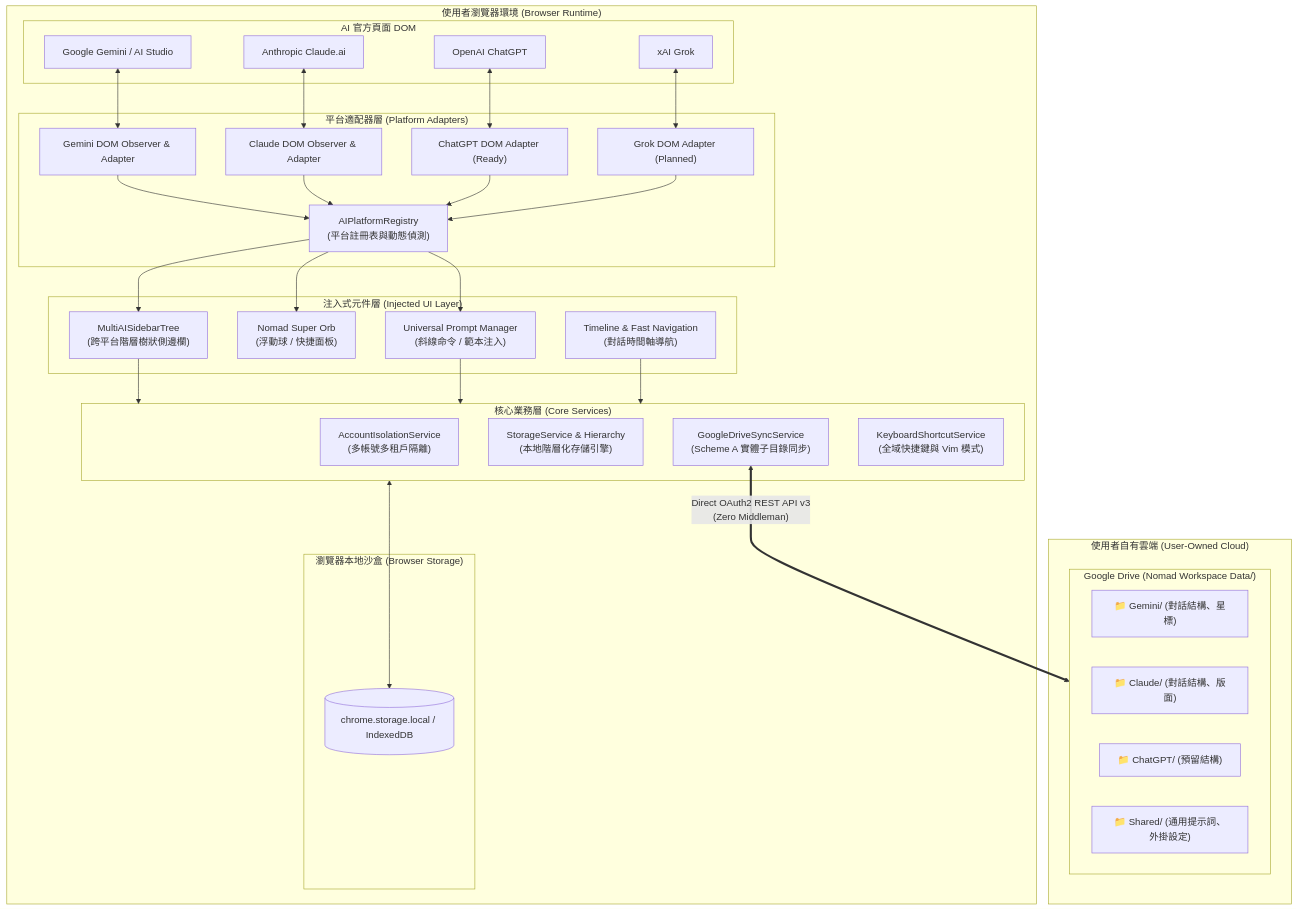
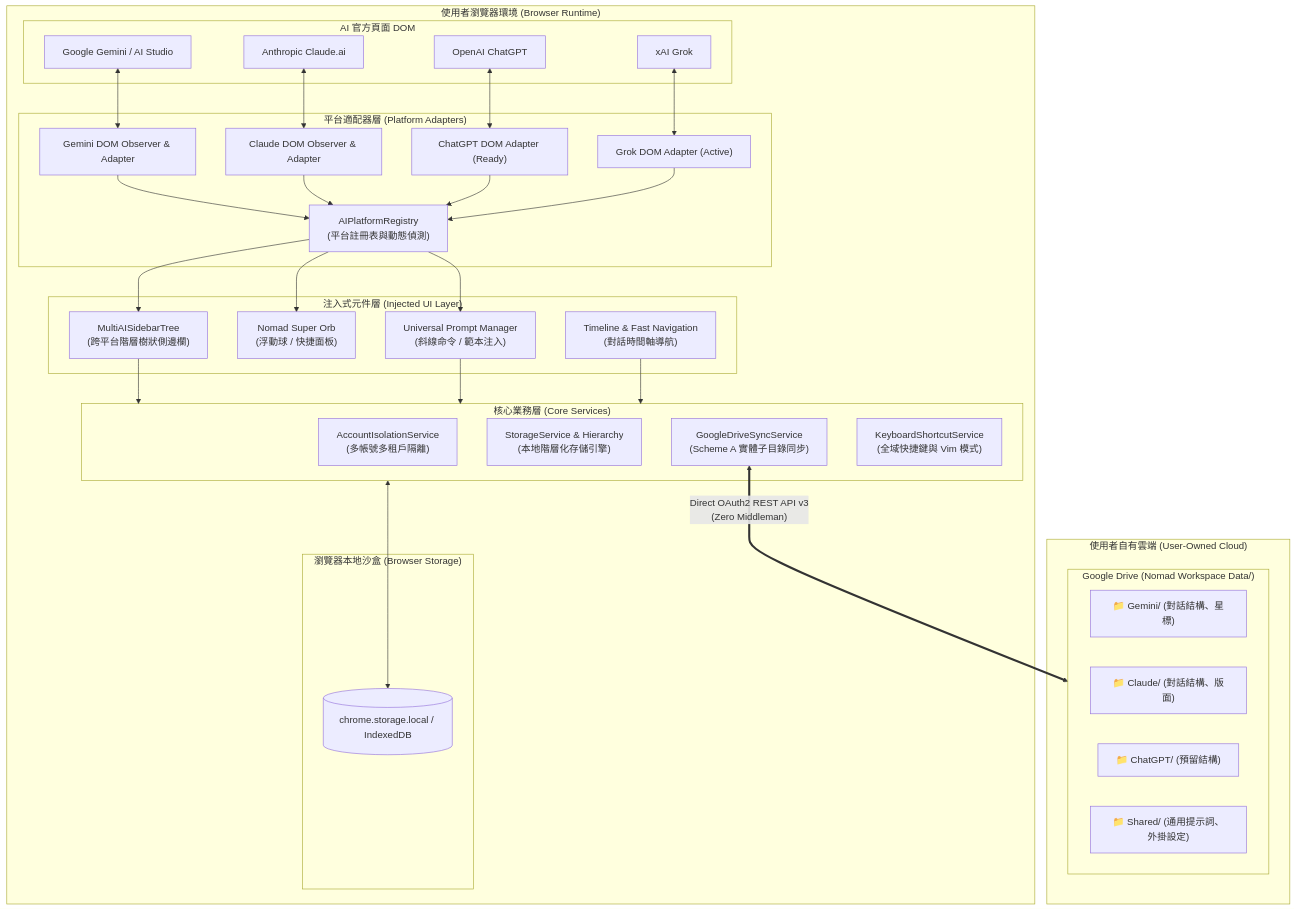
One commit to boboidvtw/nomad-ai-workspace changed the diagram in docs/ARCHITECTURE.md. Above: the diagram before and after it, drawn with Mermaid. The commit also changed other lines of this file and 4 other files, not shown here.

First line of the commit message:
docs: update README, architecture, and user guide for Grok support & 4-platform sync

````diff
--- a/docs/ARCHITECTURE.md
+++ b/docs/ARCHITECTURE.md
@@ -11,68 +11,68 @@
 ```mermaid
 graph TD
     subgraph Browser["使用者瀏覽器環境 (Browser Runtime)"]
         subgraph WebPages["AI 官方頁面 DOM"]
             GeminiDOM["Google Gemini / AI Studio"]
             ClaudeDOM["Anthropic Claude.ai"]
             ChatGPTDOM["OpenAI ChatGPT"]
             GrokDOM["xAI Grok"]
         end
 
         subgraph InjectedUI["注入式元件層 (Injected UI Layer)"]
             SidebarTree["MultiAISidebarTree<br/>(跨平台階層樹狀側邊欄)"]
             SuperOrb["Nomad Super Orb<br/>(浮動球 / 快捷面板)"]
             PromptManager["Universal Prompt Manager<br/>(斜線命令 / 範本注入)"]
             TimelineView["Timeline & Fast Navigation<br/>(對話時間軸導航)"]
         end
 
         subgraph Adapters["平台適配器層 (Platform Adapters)"]
             GeminiAdapter["Gemini DOM Observer & Adapter"]
             ClaudeAdapter["Claude DOM Observer & Adapter"]
             ChatgptAdapter["ChatGPT DOM Adapter (Ready)"]
-            GrokAdapter["Grok DOM Adapter (Planned)"]
+            GrokAdapter["Grok DOM Adapter (Active)"]
             PluggableRegistry["AIPlatformRegistry<br/>(平台註冊表與動態偵測)"]
         end
 
         subgraph CoreServices["核心業務層 (Core Services)"]
             AccountIsolation["AccountIsolationService<br/>(多帳號多租戶隔離)"]
             StorageService["StorageService & Hierarchy<br/>(本地階層化存儲引擎)"]
             DriveSync["GoogleDriveSyncService<br/>(Scheme A 實體子目錄同步)"]
             ShortcutService["KeyboardShortcutService<br/>(全域快捷鍵與 Vim 模式)"]
         end
 
         subgraph LocalStore["瀏覽器本地沙盒 (Browser Storage)"]
             LocalStorage[("chrome.storage.local / IndexedDB")]
         end
     end
 
     subgraph CloudStorage["使用者自有雲端 (User-Owned Cloud)"]
         subgraph GoogleDrive["Google Drive (Nomad Workspace Data/)"]
             DriveGemini["📁 Gemini/ (對話結構、星標)"]
             DriveClaude["📁 Claude/ (對話結構、版面)"]
             DriveChatGPT["📁 ChatGPT/ (預留結構)"]
             DriveShared["📁 Shared/ (通用提示詞、外掛設定)"]
         end
     end
 
     %% 連線關係
     GeminiDOM <--> GeminiAdapter
     ClaudeDOM <--> ClaudeAdapter
     ChatGPTDOM <--> ChatgptAdapter
     GrokDOM <--> GrokAdapter
 
     GeminiAdapter --> PluggableRegistry
     ClaudeAdapter --> PluggableRegistry
     ChatgptAdapter --> PluggableRegistry
     GrokAdapter --> PluggableRegistry
 
     PluggableRegistry --> SidebarTree
     PluggableRegistry --> PromptManager
     PluggableRegistry --> SuperOrb
 
     SidebarTree --> CoreServices
     PromptManager --> CoreServices
     TimelineView --> CoreServices
 
     CoreServices <--> LocalStorage
     DriveSync <== "Direct OAuth2 REST API v3<br/>(Zero Middleman)" ==> GoogleDrive
 ```
````
